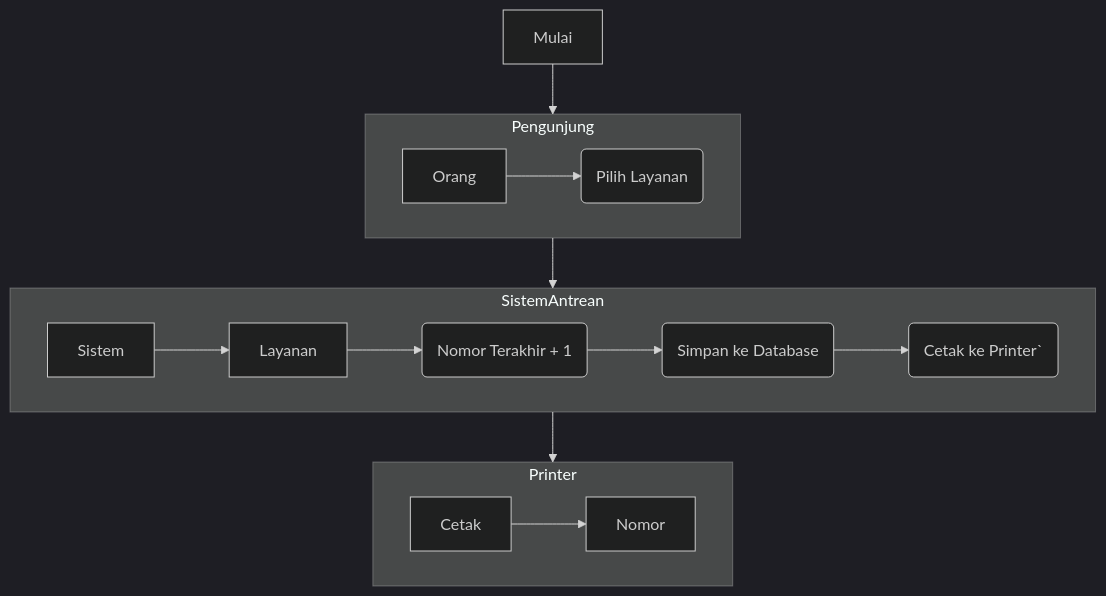
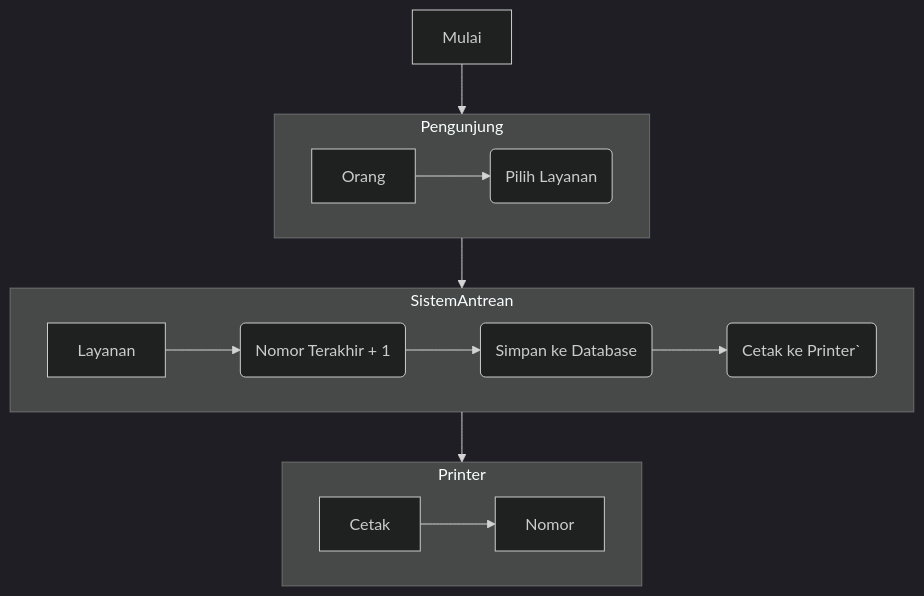
One commit to rezekikode/diagram changed the diagram in flowchart_antrean.mmd. Above: the diagram before and after it, drawn with Mermaid (dark theme).

```diff
--- a/flowchart_antrean.mmd
+++ b/flowchart_antrean.mmd
@@ -1,13 +1,13 @@
 flowchart TB
   Mulai-->Pengunjung
   Pengunjung-->SistemAntrean
   SistemAntrean-->Printer
   subgraph Pengunjung
     Orang-->p1("`Pilih Layanan`")
   end  
   subgraph SistemAntrean
-    Sistem-->Layanan-->s1("`Nomor Terakhir + 1`")-->s2("`Simpan ke Database`")-->s3("Cetak ke Printer`")
+    Layanan-->s1("`Nomor Terakhir + 1`")-->s2("`Simpan ke Database`")-->s3("Cetak ke Printer`")
   end
   subgraph Printer
     Cetak-->Nomor
   end
```
